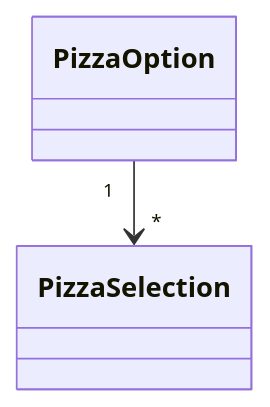
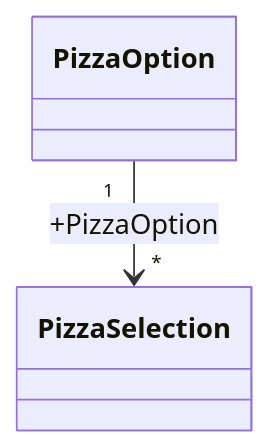
Before and after one commit to ekral/Utb.PizzaKiosk: the diagram in README.md, drawn with Mermaid.

````diff
--- a/README.md
+++ b/README.md
@@ -162,4 +162,4 @@
 ```mermaid
  classDiagram
-      PizzaOption "1" --> "*" PizzaSelection
+      PizzaOption "1" --> "*" PizzaSelection : +PizzaOption
 ```
````
